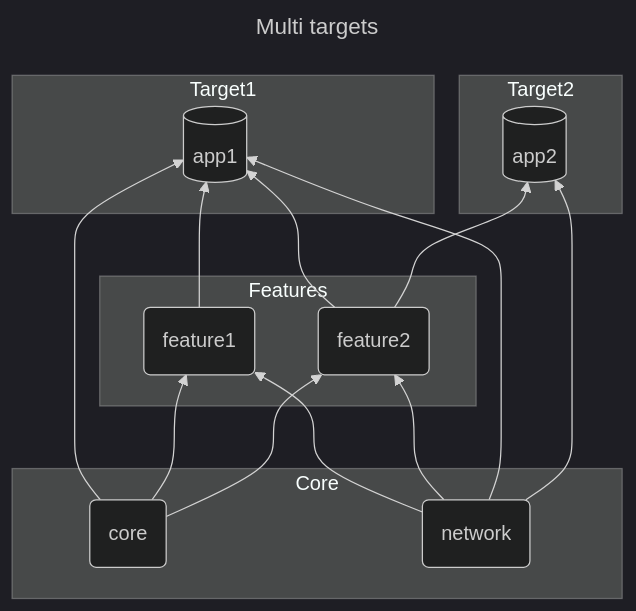
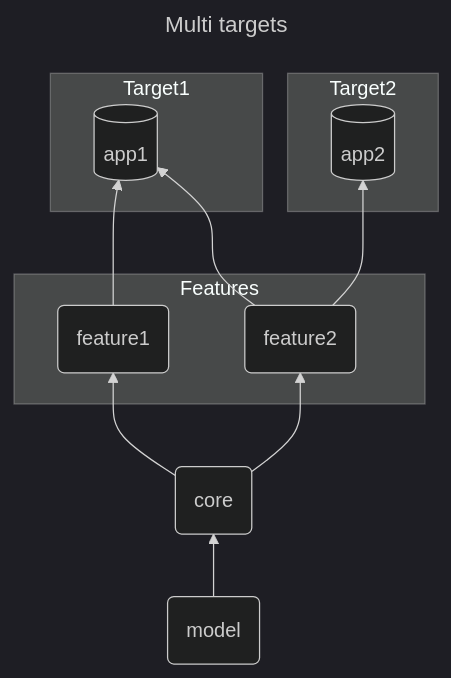
One commit to AlexeyPanchenko/shmr24 changed the diagram in presentation/01_Base/04_Modules/04_targets.mmd. Above: the diagram before and after it, drawn with Mermaid (dark theme). The commit also changed other lines of this file and 110 other files, not shown here.

```diff
--- a/presentation/01_Base/04_Modules/04_targets.mmd
+++ b/presentation/01_Base/04_Modules/04_targets.mmd
@@ -1,34 +1,28 @@
 ---
 title: Multi targets
 ---
 
 flowchart BT
 
+    core(core)
+    model(model)
+
     feature1 & feature2 --> app
-    core --> app
     core --> feature1
     core --> feature2
-    network --> feature1
-    network --> feature2
-    network --> app
+    model --> core
 
-    network --> app2
     feature2 --> app2
 
     subgraph Target1
         app[(app1)]
     end
 
     subgraph Target2
         app2[(app2)]
     end
 
     subgraph Features
         feature1(feature1)
         feature2(feature2)
     end
-
-    subgraph Core
-        core(core)
-        network(network)
-    end
```
